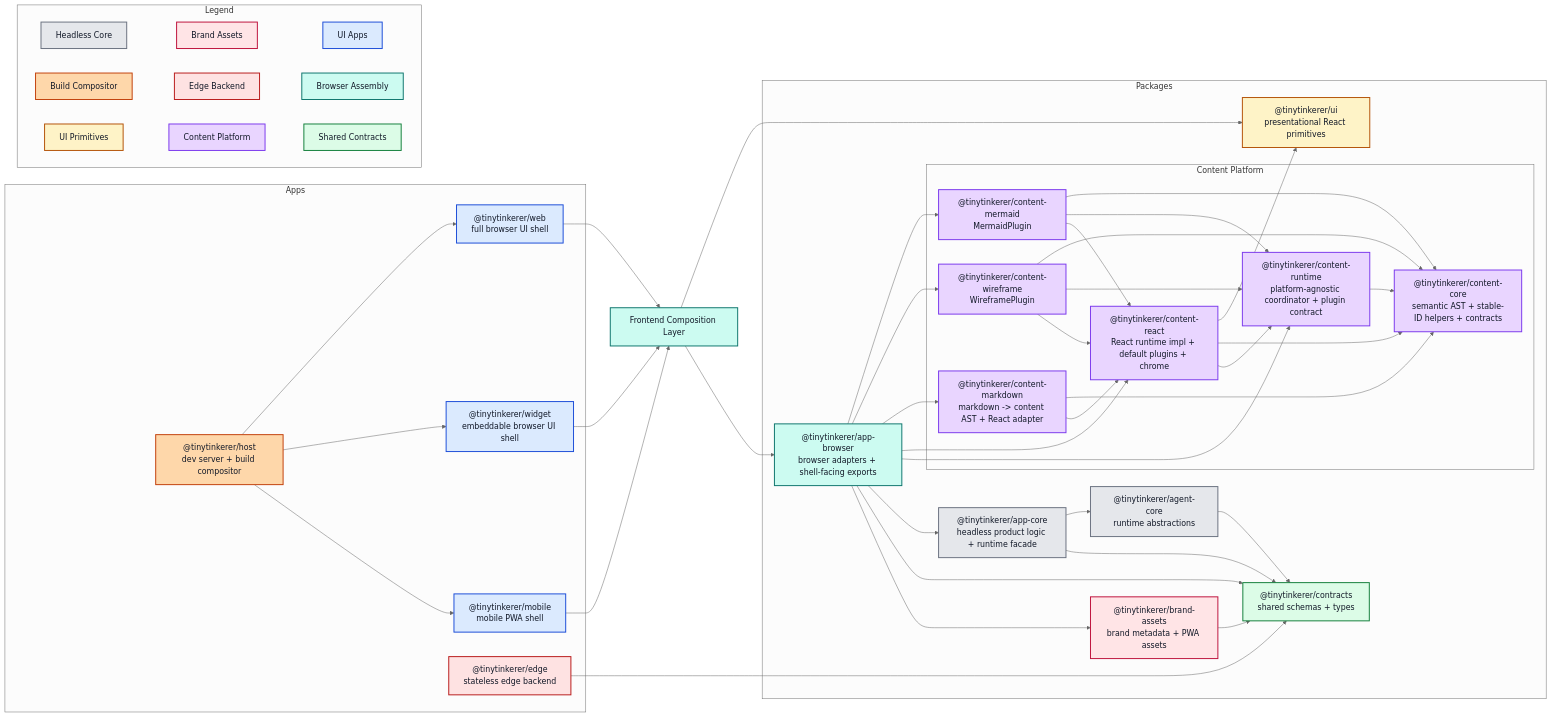
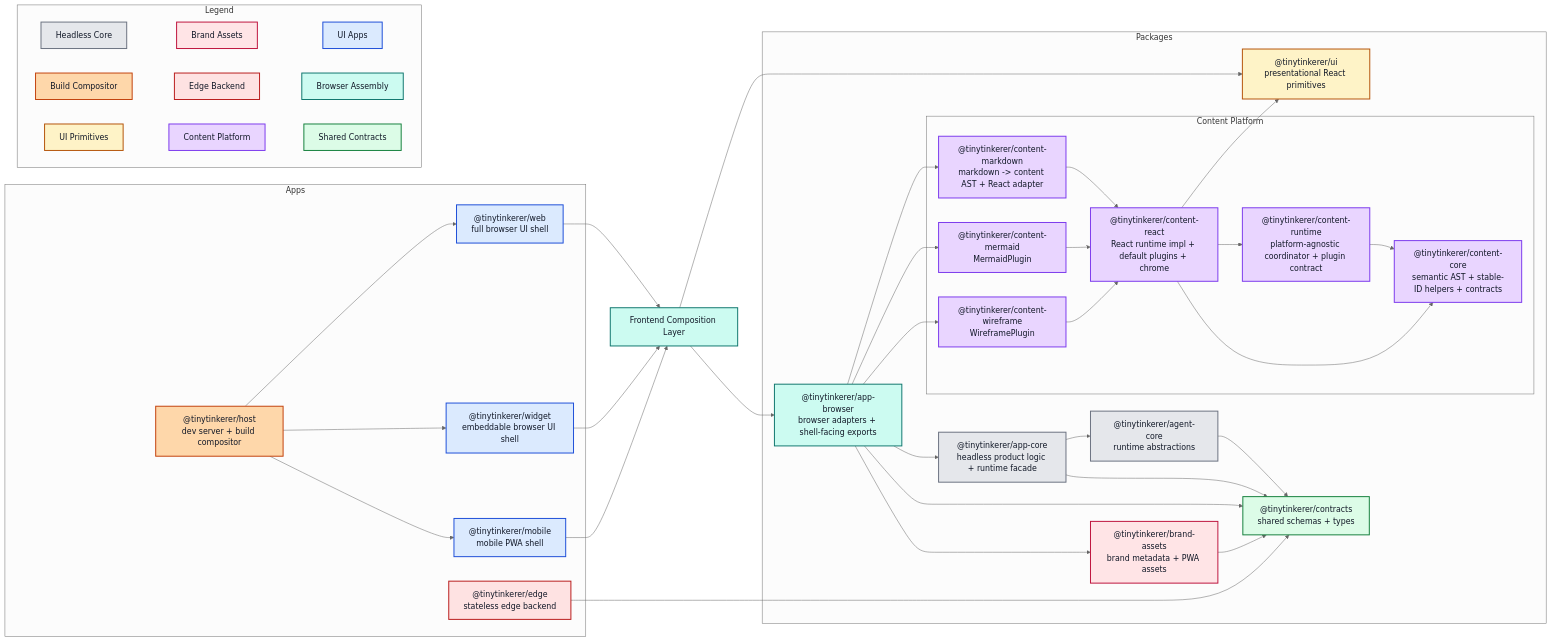
Before and after one commit to NNTin/tinytinkerer: the diagram in docs/ARCHITECTURE.md, drawn with Mermaid (neutral theme). The commit also changed other lines of this file and 14 other files, not shown here.

```diff
--- a/docs/ARCHITECTURE.md
+++ b/docs/ARCHITECTURE.md
@@ -77,27 +77,21 @@
   appcore --> agent
   appcore --> contracts
 
+  appbrowser --> contentmarkdown
   appbrowser --> contentmermaid
   appbrowser --> contentwireframe
-  appbrowser --> contentmarkdown
-  appbrowser --> contentreact
-  appbrowser --> contentruntime
   appbrowser --> appcore
   appbrowser --> contracts
   appbrowser --> brand
 
   contentruntime --> contentcore
 
-  contentmarkdown --> contentcore
+  contentreact --> ui
+  contentreact --> contentruntime
+  contentreact --> contentcore
+
   contentmarkdown --> contentreact
-  contentreact --> ui
-  contentreact --> contentcore
-  contentreact --> contentruntime
-  contentmermaid --> contentcore
-  contentmermaid --> contentruntime
   contentmermaid --> contentreact
-  contentwireframe --> contentcore
-  contentwireframe --> contentruntime
   contentwireframe --> contentreact
 
   agent --> contracts
```
